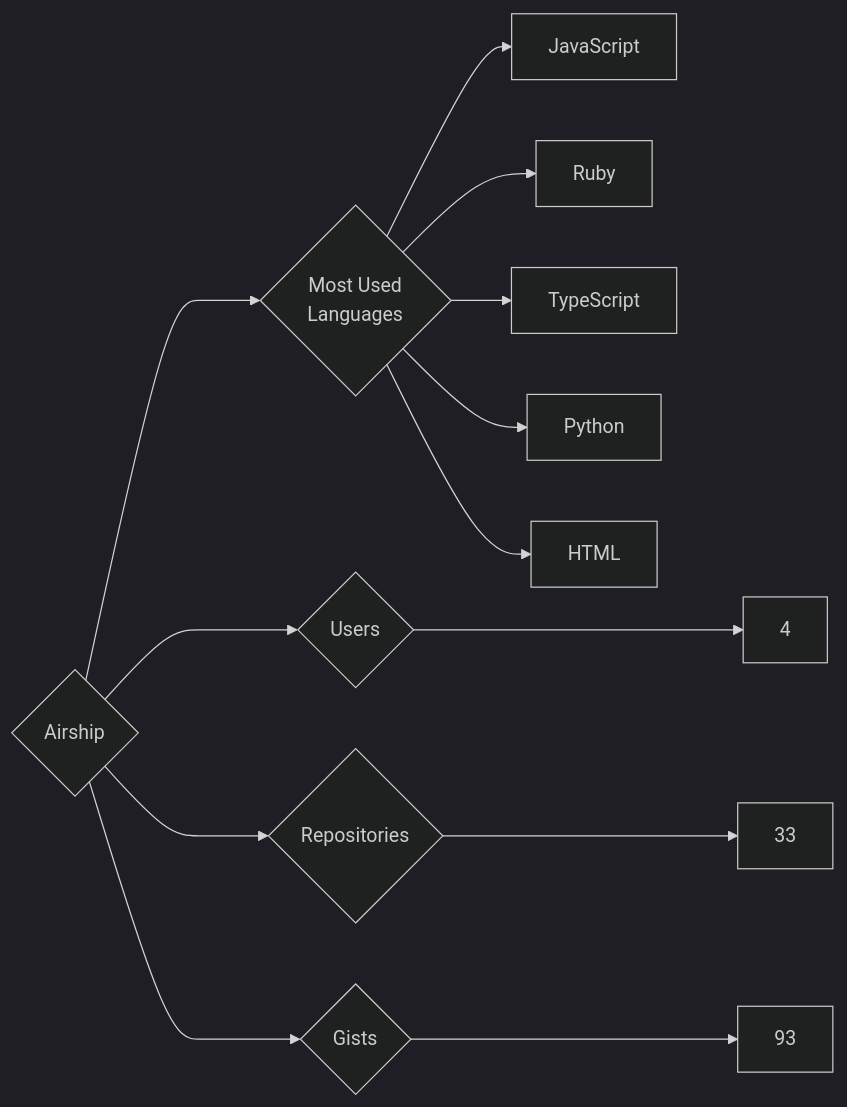
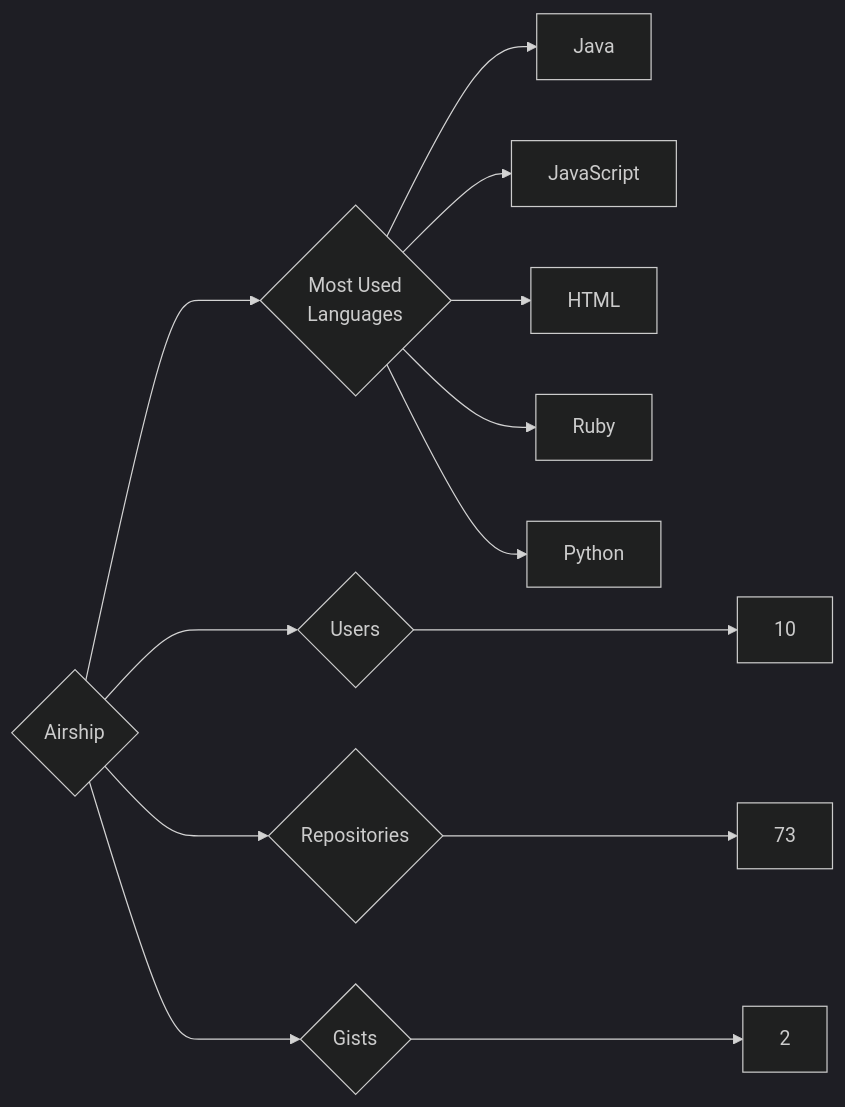
The diagram in targets/Airship/README.md (trickest/insiders), drawn with Mermaid (dark theme) before and after one commit. The commit also changed 1166 other files, not shown here.

````diff
--- a/targets/Airship/README.md
+++ b/targets/Airship/README.md
@@ -3,13 +3,13 @@
 ```mermaid
 graph LR
 COMPANY_NAME{Airship}
-COMPANY_NAME ---> U{Users} ---> UN[4]
-COMPANY_NAME ---> R{Repositories} ---> RN[33]
-COMPANY_NAME ---> G{Gists} ---> GN[93]
+COMPANY_NAME ---> U{Users} ---> UN[10]
+COMPANY_NAME ---> R{Repositories} ---> RN[73]
+COMPANY_NAME ---> G{Gists} ---> GN[2]
 COMPANY_NAME ---> ML{Most Used<br>Languages}
+ML --> Java[Java]
 ML --> JavaScript[JavaScript]
+ML --> HTML[HTML]
 ML --> Ruby[Ruby]
-ML --> TypeScript[TypeScript]
 ML --> Python[Python]
-ML --> HTML[HTML]
 ```
````
